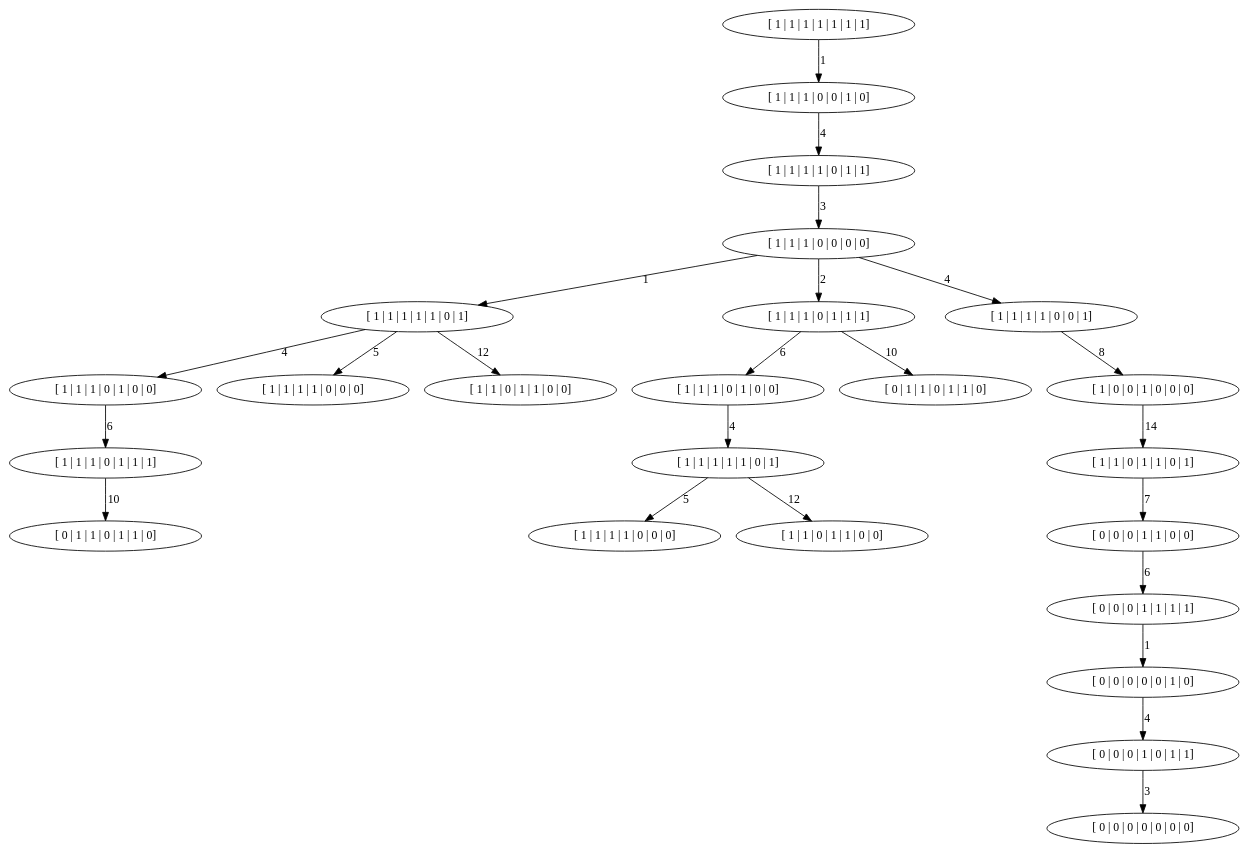
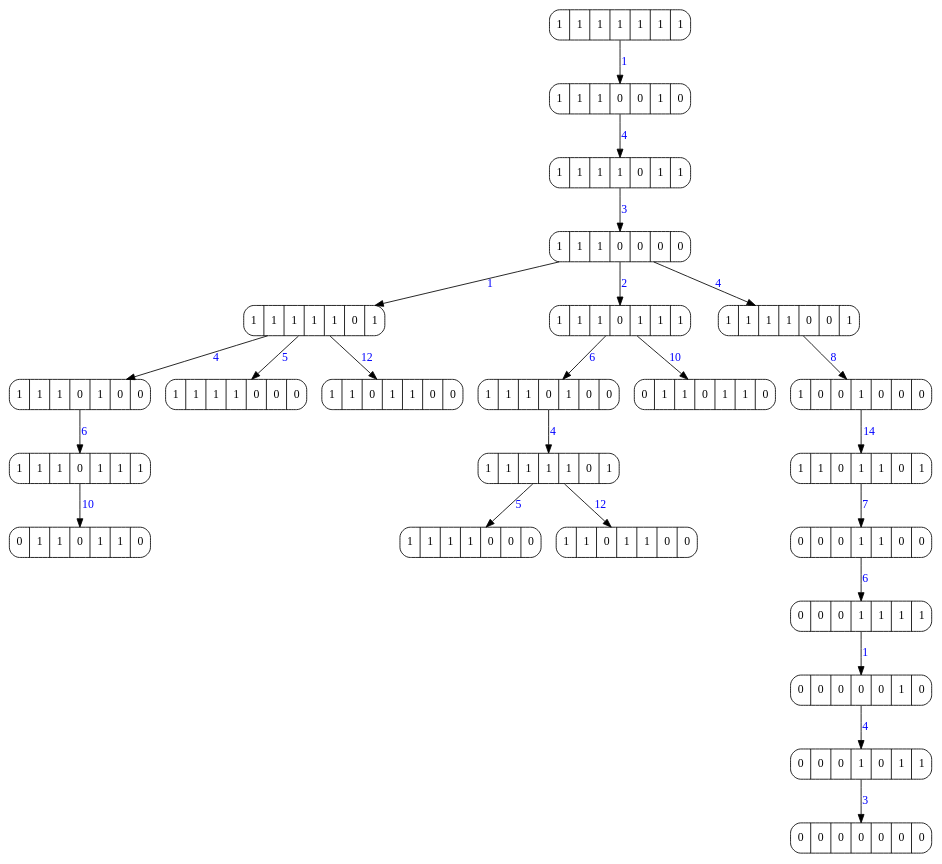
The diagram in graph.dot (Patrick448/Classic-AI), drawn with Graphviz before and after one commit. The commit also changed 8 other files, not shown here.

```diff
--- a/graph.dot
+++ b/graph.dot
@@ -1,49 +1,52 @@
 digraph G {
-    0[label="[ 1 | 1 | 1 | 1 | 1 | 1 | 1]"];
-    0 -> 1[label="1"];
-    1[label="[ 1 | 1 | 1 | 0 | 0 | 1 | 0]"];
-    1 -> 2[label="4"];
-    2[label="[ 1 | 1 | 1 | 1 | 0 | 1 | 1]"];
-    2 -> 3[label="3"];
-    3[label="[ 1 | 1 | 1 | 0 | 0 | 0 | 0]"];
-    3 -> 4[label="1"];
-    4[label="[ 1 | 1 | 1 | 1 | 1 | 0 | 1]"];
-    4 -> 5[label="4"];
-    5[label="[ 1 | 1 | 1 | 0 | 1 | 0 | 0]"];
-    5 -> 6[label="6"];
-    6[label="[ 1 | 1 | 1 | 0 | 1 | 1 | 1]"];
-    6 -> 7[label="10"];
-    7[label="[ 0 | 1 | 1 | 0 | 1 | 1 | 0]"];
-    4 -> 8[label="5"];
-    8[label="[ 1 | 1 | 1 | 1 | 0 | 0 | 0]"];
-    4 -> 9[label="12"];
-    9[label="[ 1 | 1 | 0 | 1 | 1 | 0 | 0]"];
-    3 -> 10[label="2"];
-    10[label="[ 1 | 1 | 1 | 0 | 1 | 1 | 1]"];
-    10 -> 11[label="6"];
-    11[label="[ 1 | 1 | 1 | 0 | 1 | 0 | 0]"];
-    11 -> 12[label="4"];
-    12[label="[ 1 | 1 | 1 | 1 | 1 | 0 | 1]"];
-    12 -> 13[label="5"];
-    13[label="[ 1 | 1 | 1 | 1 | 0 | 0 | 0]"];
-    12 -> 14[label="12"];
-    14[label="[ 1 | 1 | 0 | 1 | 1 | 0 | 0]"];
-    10 -> 15[label="10"];
-    15[label="[ 0 | 1 | 1 | 0 | 1 | 1 | 0]"];
-    3 -> 16[label="4"];
-    16[label="[ 1 | 1 | 1 | 1 | 0 | 0 | 1]"];
-    16 -> 17[label="8"];
-    17[label="[ 1 | 0 | 0 | 1 | 0 | 0 | 0]"];
-    17 -> 18[label="14"];
-    18[label="[ 1 | 1 | 0 | 1 | 1 | 0 | 1]"];
-    18 -> 19[label="7"];
-    19[label="[ 0 | 0 | 0 | 1 | 1 | 0 | 0]"];
-    19 -> 20[label="6"];
-    20[label="[ 0 | 0 | 0 | 1 | 1 | 1 | 1]"];
-    20 -> 21[label="1"];
-    21[label="[ 0 | 0 | 0 | 0 | 0 | 1 | 0]"];
-    21 -> 22[label="4"];
-    22[label="[ 0 | 0 | 0 | 1 | 0 | 1 | 1]"];
-    22 -> 23[label="3"];
-    23[label="[ 0 | 0 | 0 | 0 | 0 | 0 | 0]"];
+node [margin=0.1 width=0.5 shape=record style=rounded]
+edge[fontcolor=blue]
+0[label=" 1 | 1 | 1 | 1 | 1 | 1 | 1"];
+0 -> 1[label="1"];
+1[label=" 1 | 1 | 1 | 0 | 0 | 1 | 0"];
+1 -> 2[label="4"];
+2[label=" 1 | 1 | 1 | 1 | 0 | 1 | 1"];
+2 -> 3[label="3"];
+3[label=" 1 | 1 | 1 | 0 | 0 | 0 | 0"];
+3 -> 4[label="1"];
+4[label=" 1 | 1 | 1 | 1 | 1 | 0 | 1"];
+4 -> 5[label="4"];
+5[label=" 1 | 1 | 1 | 0 | 1 | 0 | 0"];
+5 -> 6[label="6"];
+6[label=" 1 | 1 | 1 | 0 | 1 | 1 | 1"];
+6 -> 7[label="10"];
+7[label=" 0 | 1 | 1 | 0 | 1 | 1 | 0"];
+4 -> 8[label="5"];
+8[label=" 1 | 1 | 1 | 1 | 0 | 0 | 0"];
+4 -> 9[label="12"];
+9[label=" 1 | 1 | 0 | 1 | 1 | 0 | 0"];
+3 -> 10[label="2"];
+10[label=" 1 | 1 | 1 | 0 | 1 | 1 | 1"];
+10 -> 11[label="6"];
+11[label=" 1 | 1 | 1 | 0 | 1 | 0 | 0"];
+11 -> 12[label="4"];
+12[label=" 1 | 1 | 1 | 1 | 1 | 0 | 1"];
+12 -> 13[label="5"];
+13[label=" 1 | 1 | 1 | 1 | 0 | 0 | 0"];
+12 -> 14[label="12"];
+14[label=" 1 | 1 | 0 | 1 | 1 | 0 | 0"];
+10 -> 15[label="10"];
+15[label=" 0 | 1 | 1 | 0 | 1 | 1 | 0"];
+3 -> 16[label="4"];
+16[label=" 1 | 1 | 1 | 1 | 0 | 0 | 1"];
+16 -> 17[label="8"];
+17[label=" 1 | 0 | 0 | 1 | 0 | 0 | 0"];
+17 -> 18[label="14"];
+18[label=" 1 | 1 | 0 | 1 | 1 | 0 | 1"];
+18 -> 19[label="7"];
+19[label=" 0 | 0 | 0 | 1 | 1 | 0 | 0"];
+19 -> 20[label="6"];
+20[label=" 0 | 0 | 0 | 1 | 1 | 1 | 1"];
+20 -> 21[label="1"];
+21[label=" 0 | 0 | 0 | 0 | 0 | 1 | 0"];
+21 -> 22[label="4"];
+22[label=" 0 | 0 | 0 | 1 | 0 | 1 | 1"];
+22 -> 23[label="3"];
+23[label=" 0 | 0 | 0 | 0 | 0 | 0 | 0"];
+
 }
```
